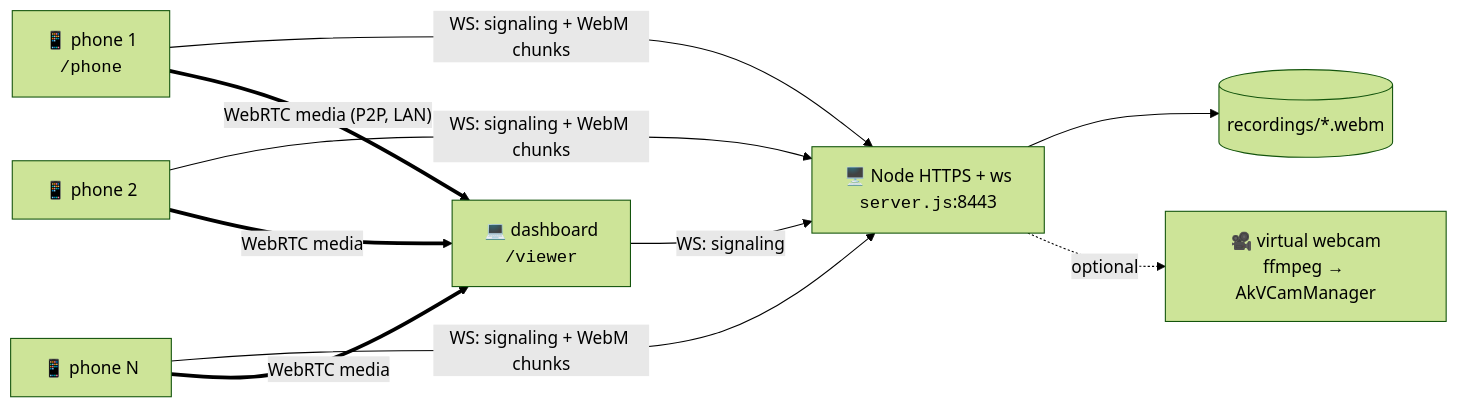
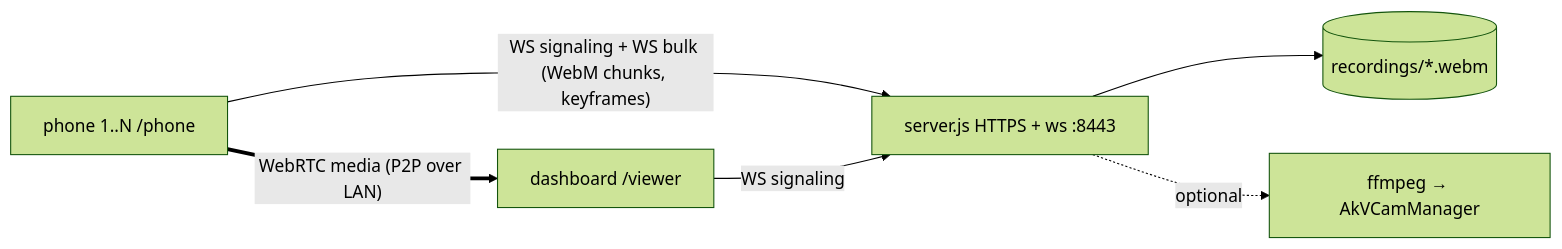
One commit to sebuju/synora changed the diagram in README.md. Above: the diagram before and after it, drawn with Mermaid (forest theme). The commit also changed other lines of this file, not shown here.

````diff
--- a/README.md
+++ b/README.md
@@ -85,18 +44,14 @@
 ```mermaid
 flowchart LR
-    P1["📱 phone 1<br/><code>/phone</code>"]
-    P2["📱 phone 2"]
-    PN["📱 phone N"]
-    S["🖥️ Node HTTPS + ws<br/><code>server.js</code>:8443"]
-    V["💻 dashboard<br/><code>/viewer</code>"]
+    P1["phone 1..N  /phone"]
+    S["server.js  HTTPS + ws  :8443"]
+    V["dashboard  /viewer"]
     R[("recordings/*.webm")]
-    C["🎥 virtual webcam<br/>ffmpeg → AkVCamManager"]
+    C["ffmpeg → AkVCamManager"]
 
-    P1 & P2 & PN -- "WS: signaling + WebM chunks" --> S
-    V -- "WS: signaling" --> S
+    P1 -- "WS signaling + WS bulk (WebM chunks, keyframes)" --> S
+    V -- "WS signaling" --> S
     S --> R
     S -.optional.-> C
-    P1 == "WebRTC media (P2P, LAN)" ==> V
-    P2 == "WebRTC media" ==> V
-    PN == "WebRTC media" ==> V
+    P1 == "WebRTC media (P2P over LAN)" ==> V
 ```
````
